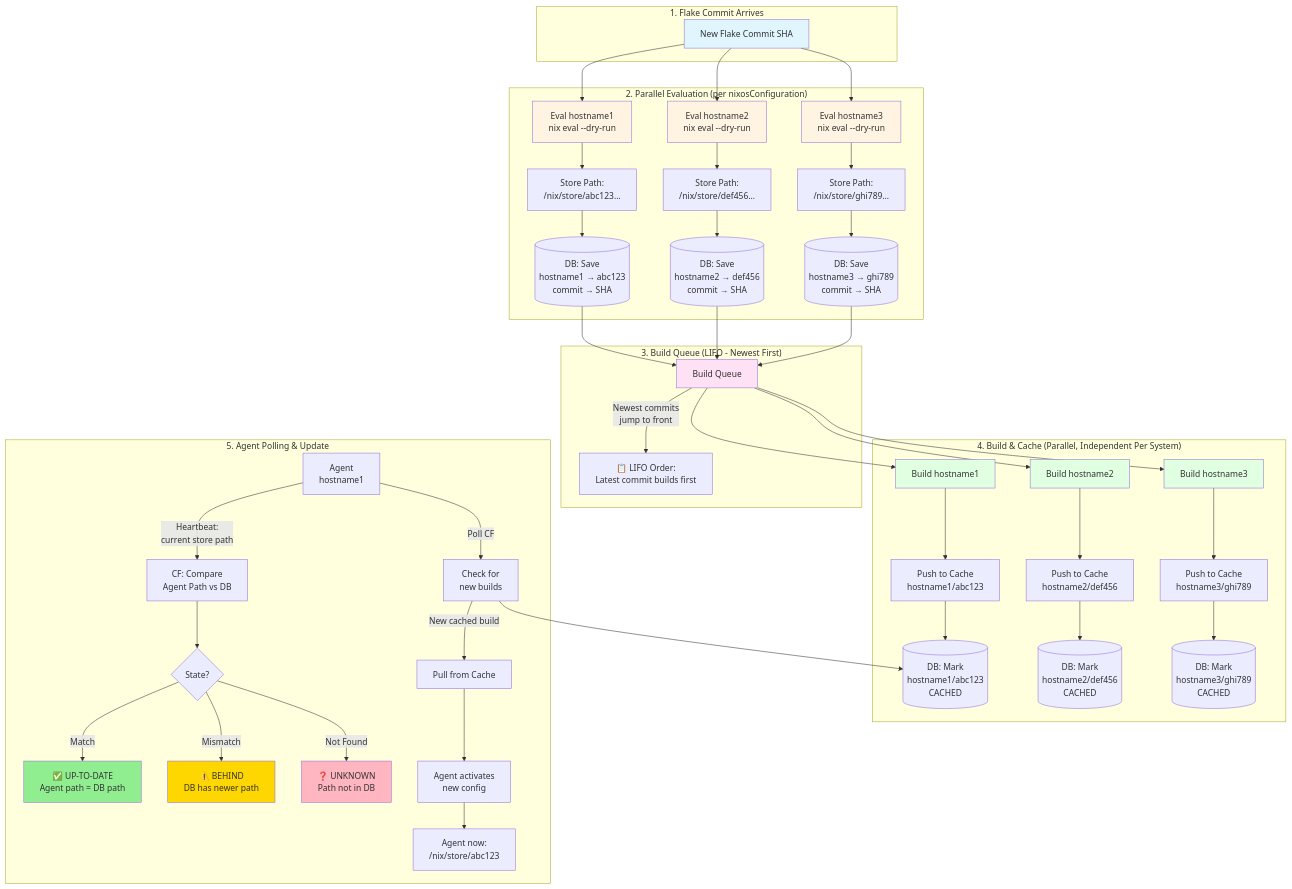
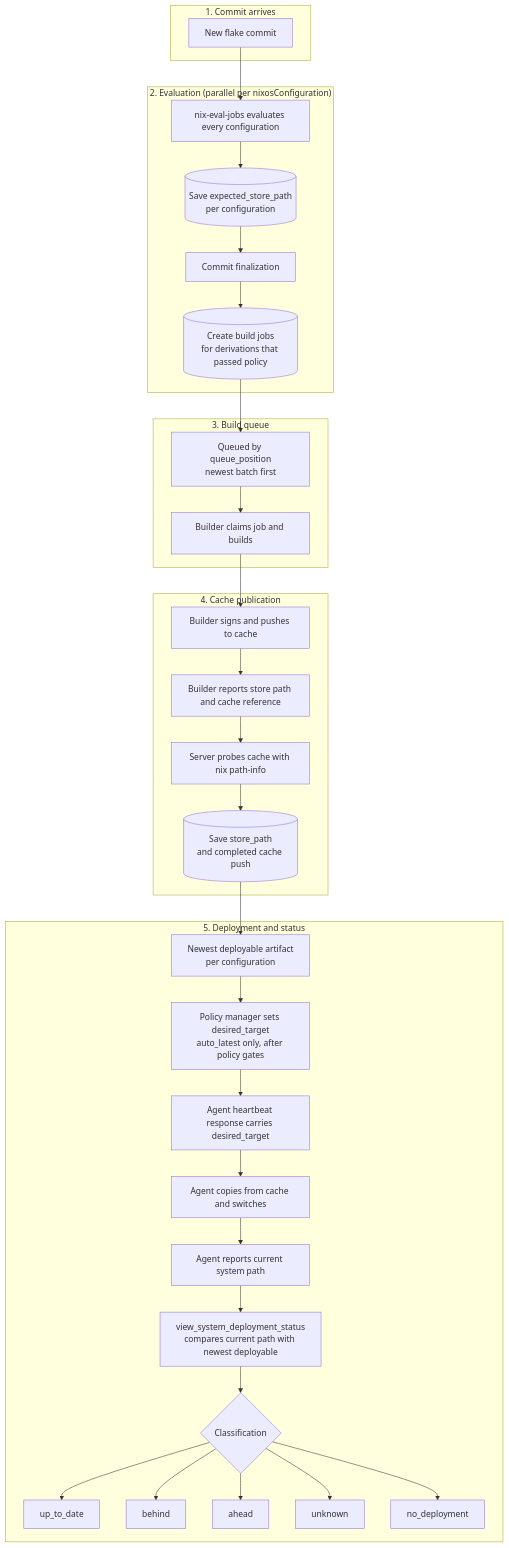
The diagram in docs/knowledge/workflows/store-path-flow.md (usmcamp0811/crystal-forge), drawn with Mermaid before and after one commit. The commit also changed other lines of this file and 132 other files, not shown here.

````diff
--- a/docs/knowledge/workflows/store-path-flow.md
+++ b/docs/knowledge/workflows/store-path-flow.md
@@ -26,71 +50,40 @@
 ```mermaid
 flowchart TB
-    subgraph "1. Flake Commit Arrives"
-        COMMIT[New Flake Commit SHA]
+    subgraph S1["1. Commit arrives"]
+        COMMIT[New flake commit]
     end
 
-    subgraph "2. Parallel Evaluation (per nixosConfiguration)"
-        COMMIT --> EVAL1[Eval hostname1<br/>nix eval --dry-run]
-        COMMIT --> EVAL2[Eval hostname2<br/>nix eval --dry-run]
-        COMMIT --> EVAL3[Eval hostname3<br/>nix eval --dry-run]
-        
-        EVAL1 --> STORE1[Store Path:<br/>/nix/store/abc123...]
-        EVAL2 --> STORE2[Store Path:<br/>/nix/store/def456...]
-        EVAL3 --> STORE3[Store Path:<br/>/nix/store/ghi789...]
-        
-        STORE1 --> DB1[(DB: Save<br/>hostname1 → abc123<br/>commit → SHA)]
-        STORE2 --> DB2[(DB: Save<br/>hostname2 → def456<br/>commit → SHA)]
-        STORE3 --> DB3[(DB: Save<br/>hostname3 → ghi789<br/>commit → SHA)]
+    subgraph S2["2. Evaluation (parallel per nixosConfiguration)"]
+        COMMIT --> EVAL[nix-eval-jobs evaluates every configuration]
+        EVAL --> P1[(Save expected_store_path<br/>per configuration)]
+        P1 --> FIN[Commit finalization]
+        FIN --> JOBS[(Create build jobs<br/>for derivations that passed policy)]
     end
 
-    subgraph "3. Build Queue (LIFO - Newest First)"
-        DB1 --> QUEUE[Build Queue]
-        DB2 --> QUEUE
-        DB3 --> QUEUE
-        
-        QUEUE --> |Newest commits<br/>jump to front| QUEUENOTE[📋 LIFO Order:<br/>Latest commit builds first]
+    subgraph S3["3. Build queue"]
+        JOBS --> QUEUE[Queued by queue_position<br/>newest batch first]
+        QUEUE --> BUILD[Builder claims job and builds]
     end
 
-    subgraph "4. Build & Cache (Parallel, Independent Per System)"
-        QUEUE --> BUILD1[Build hostname1]
-        QUEUE --> BUILD2[Build hostname2]
-        QUEUE --> BUILD3[Build hostname3]
-        
-        BUILD1 --> CACHE1[Push to Cache<br/>hostname1/abc123]
-        BUILD2 --> CACHE2[Push to Cache<br/>hostname2/def456]
-        BUILD3 --> CACHE3[Push to Cache<br/>hostname3/ghi789]
-        
-        CACHE1 --> DBDONE1[(DB: Mark<br/>hostname1/abc123<br/>CACHED)]
-        CACHE2 --> DBDONE2[(DB: Mark<br/>hostname2/def456<br/>CACHED)]
-        CACHE3 --> DBDONE3[(DB: Mark<br/>hostname3/ghi789<br/>CACHED)]
+    subgraph S4["4. Cache publication"]
+        BUILD --> PUSH[Builder signs and pushes to cache]
+        PUSH --> REPORT[Builder reports store path and cache reference]
+        REPORT --> PROBE[Server probes cache with nix path-info]
+        PROBE --> DONE[(Save store_path<br/>and completed cache push)]
     end
 
-    subgraph "5. Agent Polling & Update"
-        AGENT[Agent<br/>hostname1]
-        
-        AGENT --> |Heartbeat:<br/>current store path| HEARTBEAT[CF: Compare<br/>Agent Path vs DB]
-        
-        HEARTBEAT --> UPTODATE{State?}
-        UPTODATE --> |Match| STATE1[✅ UP-TO-DATE<br/>Agent path = DB path]
-        UPTODATE --> |Mismatch| STATE2[⚠️ BEHIND<br/>DB has newer path]
-        UPTODATE --> |Not Found| STATE3[❓ UNKNOWN<br/>Path not in DB]
-        
-        AGENT --> |Poll CF| POLL[Check for<br/>new builds]
-        POLL --> DBDONE1
-        POLL --> |New cached build| PULL[Pull from Cache]
-        PULL --> ACTIVATE[Agent activates<br/>new config]
-        ACTIVATE --> NEWSTATE[Agent now:<br/>/nix/store/abc123]
+    subgraph S5["5. Deployment and status"]
+        DONE --> TARGET[Newest deployable artifact<br/>per configuration]
+        TARGET --> DPM[Policy manager sets desired_target<br/>auto_latest only, after policy gates]
+        DPM --> HB[Agent heartbeat response carries desired_target]
+        HB --> ACT[Agent copies from cache and switches]
+        ACT --> REP[Agent reports current system path]
+        REP --> VIEW[view_system_deployment_status<br/>compares current path with newest deployable]
+        VIEW --> ST{Classification}
+        ST --> UP[up_to_date]
+        ST --> BEH[behind]
+        ST --> AHD[ahead]
+        ST --> UNK[unknown]
+        ST --> NODEP[no_deployment]
     end
-
-    style COMMIT fill:#e1f5ff
-    style EVAL1 fill:#fff4e1
-    style EVAL2 fill:#fff4e1
-    style EVAL3 fill:#fff4e1
-    style QUEUE fill:#ffe1f5
-    style BUILD1 fill:#e1ffe1
-    style BUILD2 fill:#e1ffe1
-    style BUILD3 fill:#e1ffe1
-    style STATE1 fill:#90EE90
-    style STATE2 fill:#FFD700
-    style STATE3 fill:#FFB6C1
 ```
````
